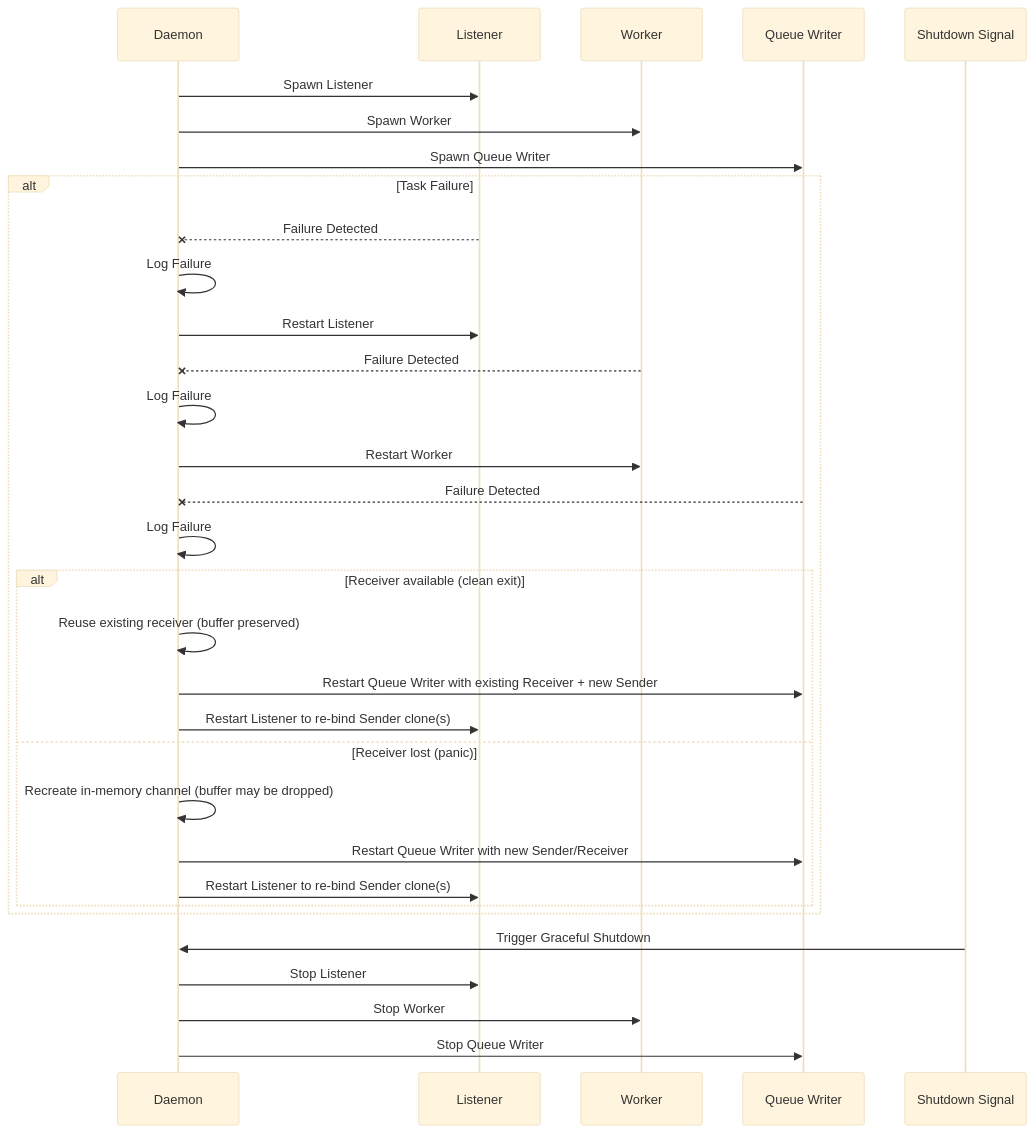
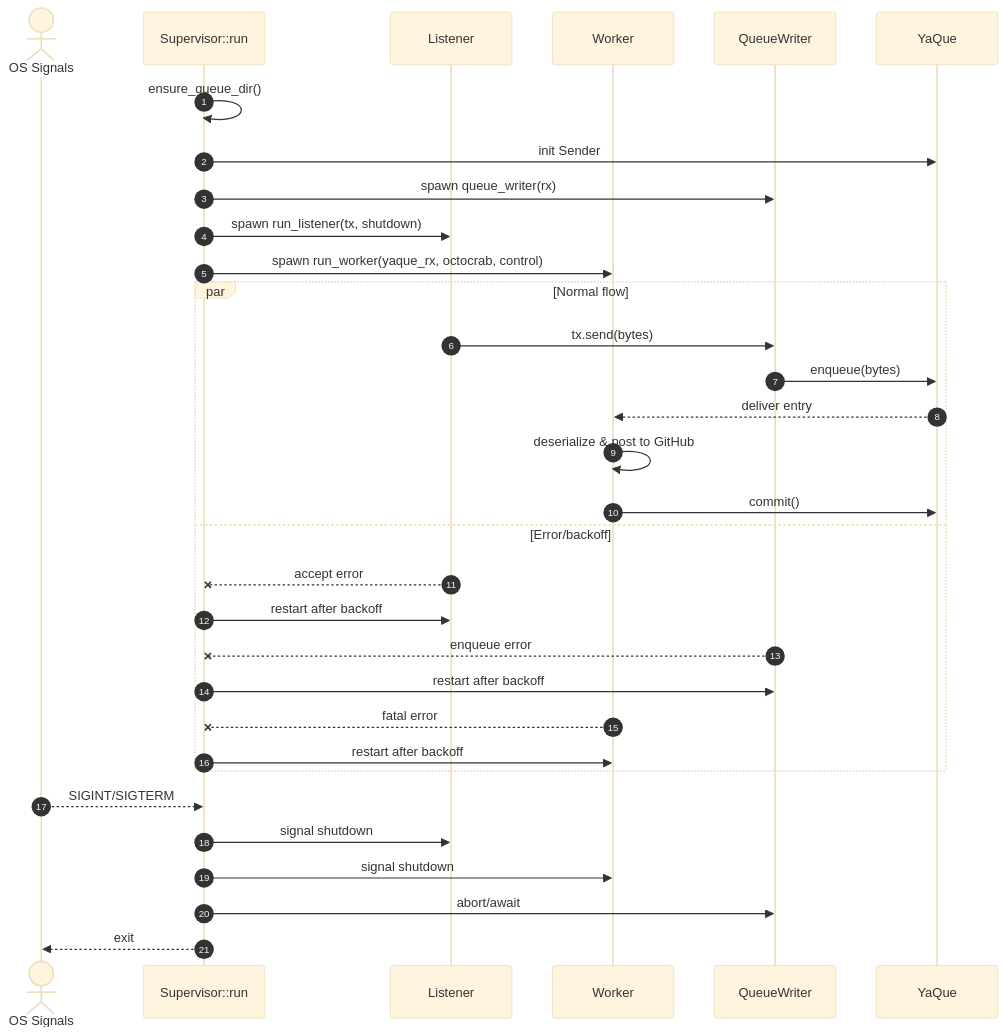
Before and after one commit to leynos/comenq: the first of 3 diagrams in docs/comenq-design.md, drawn with Mermaid (base theme). The commit also changed other lines of this file, not shown here.

Commit message:
Document daemon and client sequences

````diff
--- a/docs/comenq-design.md
+++ b/docs/comenq-design.md
@@ -409,38 +409,37 @@
 ```mermaid
 sequenceDiagram
-    participant D as Daemon
-    participant L as Listener
-    participant W as Worker
-    participant Q as Queue Writer
-    participant S as Shutdown Signal
+  autonumber
+  actor OS as OS Signals
+  participant Sup as Supervisor::run
+  participant L as Listener
+  participant W as Worker
+  participant QW as QueueWriter
+  participant YQ as YaQue
 
-    D->>L: Spawn Listener
-    D->>W: Spawn Worker
-    D->>Q: Spawn Queue Writer
-    
-    alt Task Failure
-        L--xD: Failure Detected
-        D->>D: Log Failure
-        D->>L: Restart Listener
+  Sup->>Sup: ensure_queue_dir()
+  Sup->>YQ: init Sender
+  Sup->>QW: spawn queue_writer(rx)
+  Sup->>L: spawn run_listener(tx, shutdown)
+  Sup->>W: spawn run_worker(yaque_rx, octocrab, control)
 
-        W--xD: Failure Detected
-        D->>D: Log Failure
-        D->>W: Restart Worker
-        Q--xD: Failure Detected
-        D->>D: Log Failure
-        alt Receiver available (clean exit)
-            D->>D: Reuse existing receiver (buffer preserved)
-            D->>Q: Restart Queue Writer with existing Receiver + new Sender
-            D->>L: Restart Listener to re-bind Sender clone(s)
-        else Receiver lost (panic)
-            D->>D: Recreate in-memory channel (buffer may be dropped)
-            D->>Q: Restart Queue Writer with new Sender/Receiver
-            D->>L: Restart Listener to re-bind Sender clone(s)
-        end
-    end
+  par Normal flow
+    L->>QW: tx.send(bytes)
+    QW->>YQ: enqueue(bytes)
+    YQ-->>W: deliver entry
+    W->>W: deserialize & post to GitHub
+    W->>YQ: commit()
+  and Error/backoff
+    L--x Sup: accept error
+    Sup->>L: restart after backoff
+    QW--x Sup: enqueue error
+    Sup->>QW: restart after backoff
+    W--x Sup: fatal error
+    Sup->>W: restart after backoff
+  end
 
-    S->>D: Trigger Graceful Shutdown
-    D->>L: Stop Listener
-    D->>W: Stop Worker
-    D->>Q: Stop Queue Writer
+  OS-->>Sup: SIGINT/SIGTERM
+  Sup->>L: signal shutdown
+  Sup->>W: signal shutdown
+  Sup->>QW: abort/await
+  Sup-->>OS: exit
 ```
````
